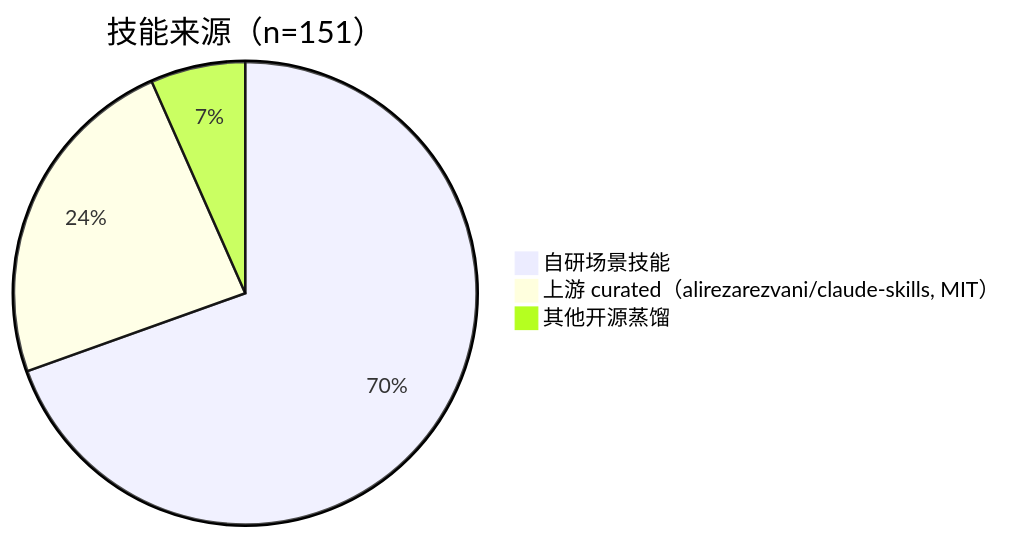
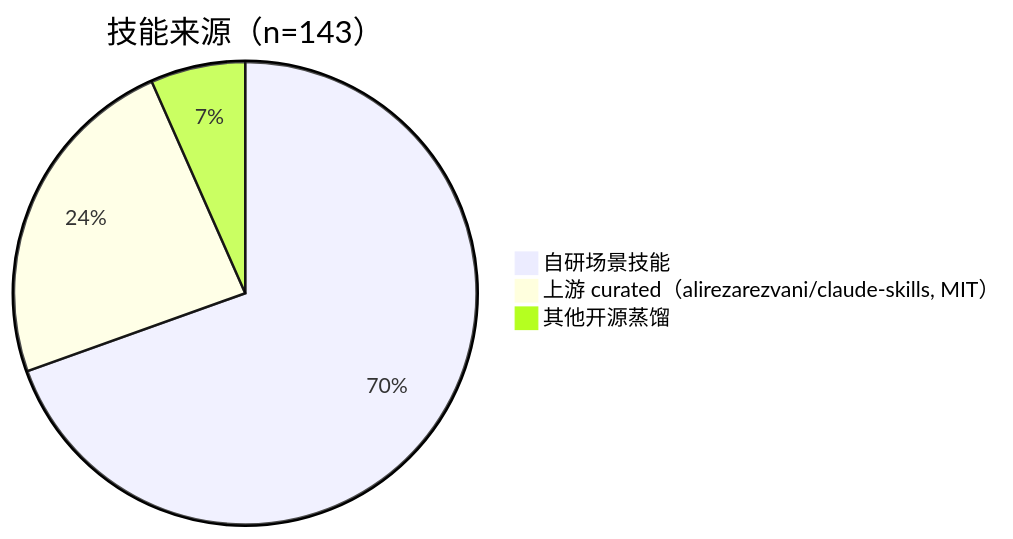
The second of 3 diagrams in README.zh-CN.md (Morningstar202604/awesome-skillkit), drawn with Mermaid before and after one commit. The commit also changed other lines of this file and 2 other files, not shown here.

````diff
--- a/README.zh-CN.md
+++ b/README.zh-CN.md
@@ -44,6 +44,6 @@
 ```mermaid
-pie title 技能来源（n=151）
+pie title 技能来源（n=143）
     "自研场景技能" : 105
     "上游 curated（alirezarezvani/claude-skills, MIT）" : 36
     "其他开源蒸馏" : 10
 ```
````
